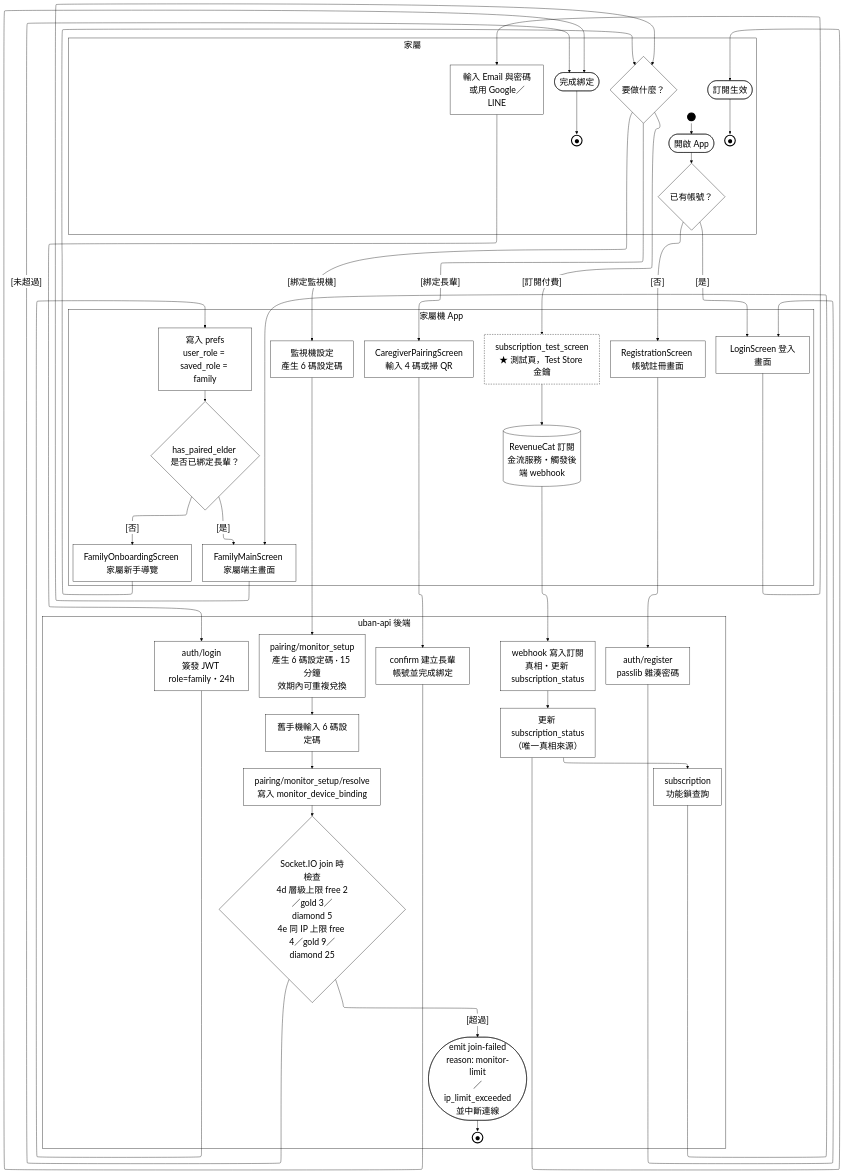
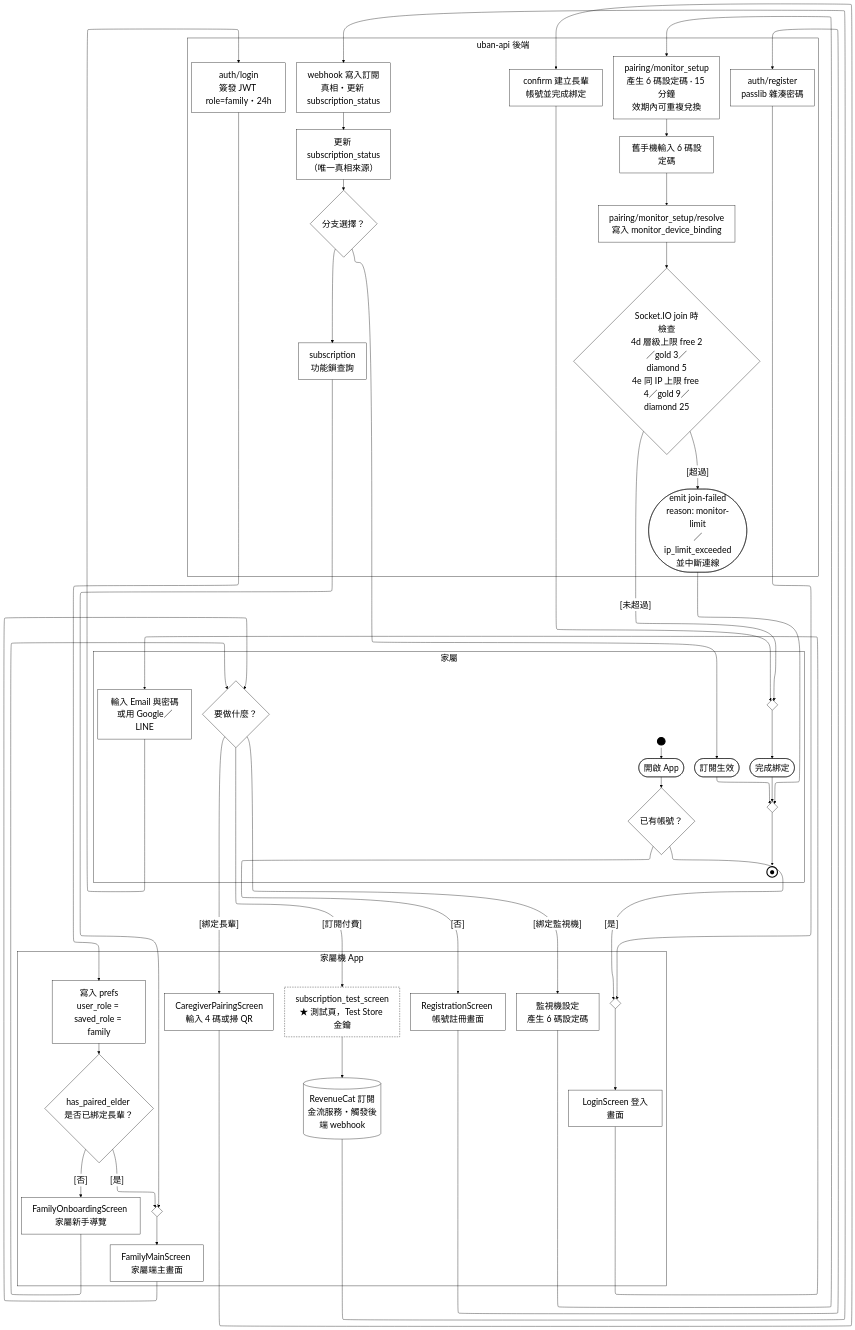
One commit to HuangYu-Kai/Uban changed the diagram in Uban System Documents/mermaid原始碼/A13-帳號與設備管理.mmd. Above: the diagram before and after it, drawn with Mermaid. The commit also changed 226 other files, not shown here.

Commit message:
Complete system manual with updated diagrams, formatting, and natural language

```diff
--- a/Uban System Documents/mermaid原始碼/A13-帳號與設備管理.mmd
+++ b/Uban System Documents/mermaid原始碼/A13-帳號與設備管理.mmd
@@ -1,85 +1,92 @@
 %%{init:{"layout":"elk","elk":{"mergeEdges":false,"nodePlacementStrategy":"NETWORK_SIMPLEX"},"flowchart":{"htmlLabels":true},"themeVariables":{"clusterBkg":"#FFFFFF","clusterBorder":"#000000","edgeLabelBackground":"#FFFFFF","textColor":"#000000","nodeTextColor":"#000000","titleColor":"#000000","lineColor":"#000000","fontSize":"24px"}}}%%
 flowchart TD
+  %% 鎖住泳道順序：ELK 不照宣告順序排，沒有這條鏈後端會跑到最上面
   subgraph ROLE["家屬"]
     PAD_ROLE["&nbsp;&nbsp;&nbsp;&nbsp;&nbsp;&nbsp;&nbsp;&nbsp;&nbsp;&nbsp;&nbsp;&nbsp;&nbsp;&nbsp;&nbsp;&nbsp;&nbsp;&nbsp;&nbsp;&nbsp;&nbsp;&nbsp;&nbsp;&nbsp;&nbsp;&nbsp;&nbsp;&nbsp;&nbsp;&nbsp;&nbsp;&nbsp;&nbsp;&nbsp;&nbsp;&nbsp;&nbsp;&nbsp;&nbsp;&nbsp;&nbsp;&nbsp;&nbsp;&nbsp;&nbsp;&nbsp;&nbsp;&nbsp;&nbsp;&nbsp;&nbsp;&nbsp;&nbsp;&nbsp;&nbsp;&nbsp;&nbsp;&nbsp;&nbsp;&nbsp;&nbsp;&nbsp;&nbsp;&nbsp;&nbsp;&nbsp;&nbsp;&nbsp;&nbsp;&nbsp;&nbsp;&nbsp;&nbsp;&nbsp;&nbsp;&nbsp;&nbsp;&nbsp;&nbsp;&nbsp;&nbsp;&nbsp;&nbsp;&nbsp;&nbsp;&nbsp;&nbsp;&nbsp;&nbsp;&nbsp;&nbsp;&nbsp;&nbsp;&nbsp;&nbsp;&nbsp;&nbsp;&nbsp;&nbsp;&nbsp;&nbsp;&nbsp;&nbsp;&nbsp;&nbsp;&nbsp;&nbsp;&nbsp;&nbsp;&nbsp;&nbsp;&nbsp;&nbsp;&nbsp;&nbsp;&nbsp;&nbsp;&nbsp;&nbsp;&nbsp;&nbsp;&nbsp;&nbsp;&nbsp;&nbsp;&nbsp;&nbsp;&nbsp;&nbsp;&nbsp;&nbsp;&nbsp;&nbsp;&nbsp;&nbsp;&nbsp;&nbsp;&nbsp;&nbsp;&nbsp;&nbsp;&nbsp;&nbsp;&nbsp;&nbsp;&nbsp;&nbsp;&nbsp;&nbsp;&nbsp;&nbsp;&nbsp;&nbsp;&nbsp;&nbsp;&nbsp;"]:::pad
     ST_S1(("&nbsp;")):::term
     S1([開啟 App]):::act
     S2{"已有帳號？"}:::dec
     S3["輸入 Email 與密碼<br/>或用 Google／LINE"]:::act
     S4{"要做什麼？"}:::dec
     S5(["完成綁定"]):::act
-    EN_S5(("●")):::endterm
     S6(["訂閱生效"]):::act
-    EN_S6(("●")):::endterm
+    M_S5{" "}:::dec
+    M_END{" "}:::dec
+    EN_ALL(("●")):::endterm
   end
   subgraph FE["家屬機 App"]
     A1["RegistrationScreen 帳號註冊畫面"]:::act
     A2["LoginScreen 登入畫面"]:::act
     A3["寫入 prefs<br/>user_role = saved_role = family"]:::act
     A4{"has_paired_elder 是否已綁定長輩？"}:::dec
     A5["FamilyOnboardingScreen 家屬新手導覽"]:::act
     A6["FamilyMainScreen 家屬端主畫面"]:::act
     A7["CaregiverPairingScreen<br/>輸入 4 碼或掃 QR"]:::act
     A8["監視機設定<br/>產生 6 碼設定碼"]:::act
     A9["subscription_test_screen<br/>★ 測試頁，Test Store 金鑰"]:::gap
     RC[("RevenueCat 訂閱金流服務・觸發後端 webhook")]:::act
+    M_A2{" "}:::dec
+    M_A6{" "}:::dec
   end
   subgraph BE["uban-api 後端"]
     PAD_BE["&nbsp;&nbsp;&nbsp;&nbsp;&nbsp;&nbsp;&nbsp;&nbsp;&nbsp;&nbsp;&nbsp;&nbsp;&nbsp;&nbsp;&nbsp;&nbsp;&nbsp;&nbsp;&nbsp;&nbsp;&nbsp;&nbsp;&nbsp;&nbsp;&nbsp;&nbsp;&nbsp;&nbsp;&nbsp;&nbsp;&nbsp;&nbsp;&nbsp;&nbsp;"]:::pad
     B1["auth/register<br/>passlib 雜湊密碼"]:::act
     B2["auth/login<br/>簽發 JWT role=family・24h"]:::act
     B3["confirm 建立長輩帳號並完成綁定"]:::act
     B4["pairing/monitor_setup<br/>產生 6 碼設定碼 · 15 分鐘<br/>效期內可重複兌換"]:::act
     B4b["pairing/monitor_setup/resolve<br/>寫入 monitor_device_binding"]:::act
     B5{"Socket.IO join 時檢查<br/>4d 層級上限 free 2／gold 3／diamond 5<br/>4e 同 IP 上限 free 4／gold 9／diamond 25"}:::dec
     B7["webhook 寫入訂閱真相・更新 subscription_status"]:::act
     B8["更新 subscription_status<br/>（唯一真相來源）"]:::act
     B9["subscription<br/>功能鎖查詢"]:::act
     MON["舊手機輸入 6 碼設定碼"]:::act
     R1(["emit join-failed<br/>reason: monitor-limit<br/>／ip_limit_exceeded<br/>並中斷連線"]):::act
-    EN_R1(("●")):::endterm
+    D_B8{"分支選擇？"}:::dec
   end
 
   ST_S1 --> S1
   S1 --> S2
   S2 -->|"[否]"| A1
   A1 --> B1
-  B1 --> A2
-  S2 -->|"[是]"| A2
+  B1 --> M_A2
+  S2 -->|"[是]"| M_A2
   A2 --> S3
   S3 --> B2
   B2 --> A3
   A3 --> A4
   A4 -->|"[否]"| A5
-  A4 -->|"[是]"| A6
+  A4 -->|"[是]"| M_A6
   A5 --> S4
   A6 --> S4
   S4 -->|"[綁定長輩]"| A7
   A7 --> B3
-  B3 --> S5
+  B3 --> M_S5
   S4 -->|"[綁定監視機]"| A8
   A8 --> B4
   B4 --> MON
   MON --> B4b
   B4b --> B5
   B5 -->|"[超過]"| R1
-  B5 -->|"[未超過]"| S5
+  B5 -->|"[未超過]"| M_S5
   S4 -->|"[訂閱付費]"| A9
   A9 --> RC
   RC --> B7
   B7 --> B8
-  B8 --> S6
-  B8 --> B9
-  B9 --> A6
-  S5 --> EN_S5
-  S6 --> EN_S6
-  R1 --> EN_R1
-  %% 鎖住泳道順序：ELK 不照宣告順序排，沒有這條鏈後端會跑到最上面
+  D_B8 --> S6
+  D_B8 --> B9
+  B9 --> M_A6
+  S5 --> M_END
+  S6 --> M_END
+  R1 --> M_END
+  B8 --> D_B8
+  M_A2 --> A2
+  M_A6 --> A6
+  M_S5 --> S5
+  M_END --> EN_ALL
   ROLE ~~~ FE ~~~ BE
-
   classDef pad  fill:none,stroke:none,color:#FFFFFF
   classDef act  fill:#FFFFFF,stroke:#000000,stroke-width:1px,color:#000000
   classDef dec  fill:#FFFFFF,stroke:#000000,stroke-width:1px,color:#000000
   classDef term fill:#000000,stroke:#000000,stroke-width:3px,color:#000000
   classDef endterm fill:#FFFFFF,stroke:#000000,stroke-width:3px,color:#000000
   classDef gap  fill:#FFFFFF,stroke:#000000,stroke-width:1px,color:#000000,stroke-dasharray:4 3
```
